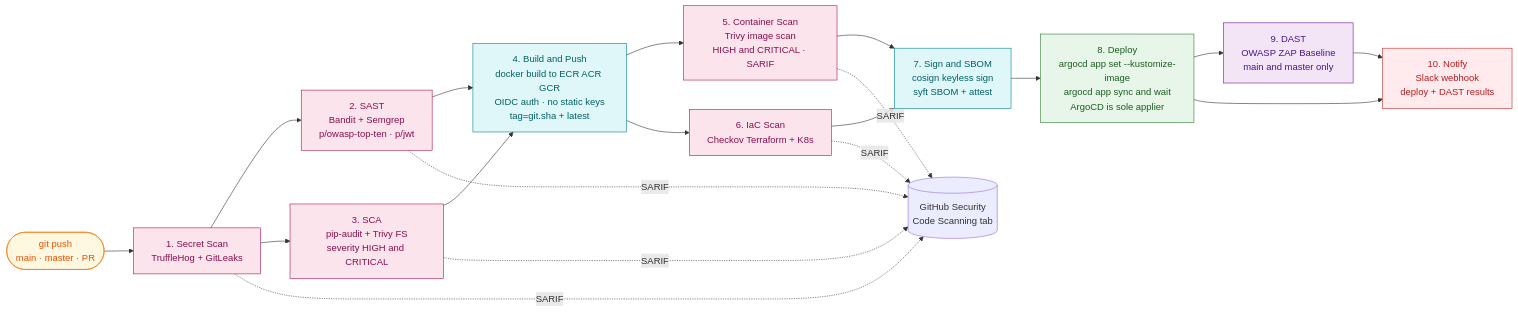
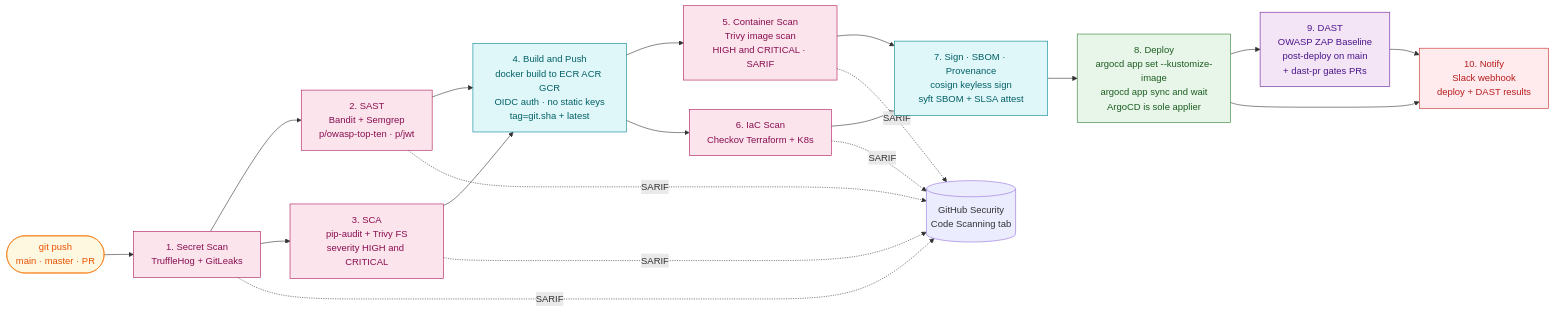
Diagram 11 of 14 in README.md (skondla/fastWebApp_AI), drawn with Mermaid before and after one commit. The commit also changed other lines of this file, not shown here.

````diff
--- a/README.md
+++ b/README.md
@@ -983,48 +1048,48 @@
 ```mermaid
 flowchart LR
     classDef trigger fill:#FFF8E1,stroke:#F57F17,color:#E65100
     classDef sec fill:#FCE4EC,stroke:#AD1457,color:#880E4F
     classDef build fill:#E0F7FA,stroke:#00838F,color:#006064
     classDef deploy fill:#E8F5E9,stroke:#2E7D32,color:#1B5E20
     classDef dast fill:#F3E5F5,stroke:#6A1B9A,color:#4A148C
     classDef notify fill:#FFEBEE,stroke:#C62828,color:#B71C1C
 
     PUSH(["git push<br/>main · master · PR"]):::trigger
 
     PUSH --> S1
     S1["1. Secret Scan<br/>TruffleHog + GitLeaks"]:::sec
     S1 --> S2
     S1 --> S3
     S2["2. SAST<br/>Bandit + Semgrep<br/>p/owasp-top-ten · p/jwt"]:::sec
     S3["3. SCA<br/>pip-audit + Trivy FS<br/>severity HIGH and CRITICAL"]:::sec
 
     S2 --> S4
     S3 --> S4
     S4["4. Build and Push<br/>docker build to ECR ACR GCR<br/>OIDC auth · no static keys<br/>tag=git.sha + latest"]:::build
 
     S4 --> S5
     S4 --> S6
     S5["5. Container Scan<br/>Trivy image scan<br/>HIGH and CRITICAL · SARIF"]:::sec
     S6["6. IaC Scan<br/>Checkov Terraform + K8s"]:::sec
 
     S5 --> S7
     S6 --> S7
-    S7["7. Sign and SBOM<br/>cosign keyless sign<br/>syft SBOM + attest"]:::build
+    S7["7. Sign · SBOM · Provenance<br/>cosign keyless sign<br/>syft SBOM + SLSA attest"]:::build
 
     S7 --> S8
     S8["8. Deploy<br/>argocd app set --kustomize-image<br/>argocd app sync and wait<br/>ArgoCD is sole applier"]:::deploy
 
     S8 --> S9
-    S9["9. DAST<br/>OWASP ZAP Baseline<br/>main and master only"]:::dast
+    S9["9. DAST<br/>OWASP ZAP Baseline<br/>post-deploy on main<br/>+ dast-pr gates PRs"]:::dast
 
     S8 --> S10
     S9 --> S10
     S10["10. Notify<br/>Slack webhook<br/>deploy + DAST results"]:::notify
 
     GHSEC[("GitHub Security<br/>Code Scanning tab")]
     S1 -.->|"SARIF"| GHSEC
     S2 -.->|"SARIF"| GHSEC
     S3 -.->|"SARIF"| GHSEC
     S5 -.->|"SARIF"| GHSEC
     S6 -.->|"SARIF"| GHSEC
 ```
````
